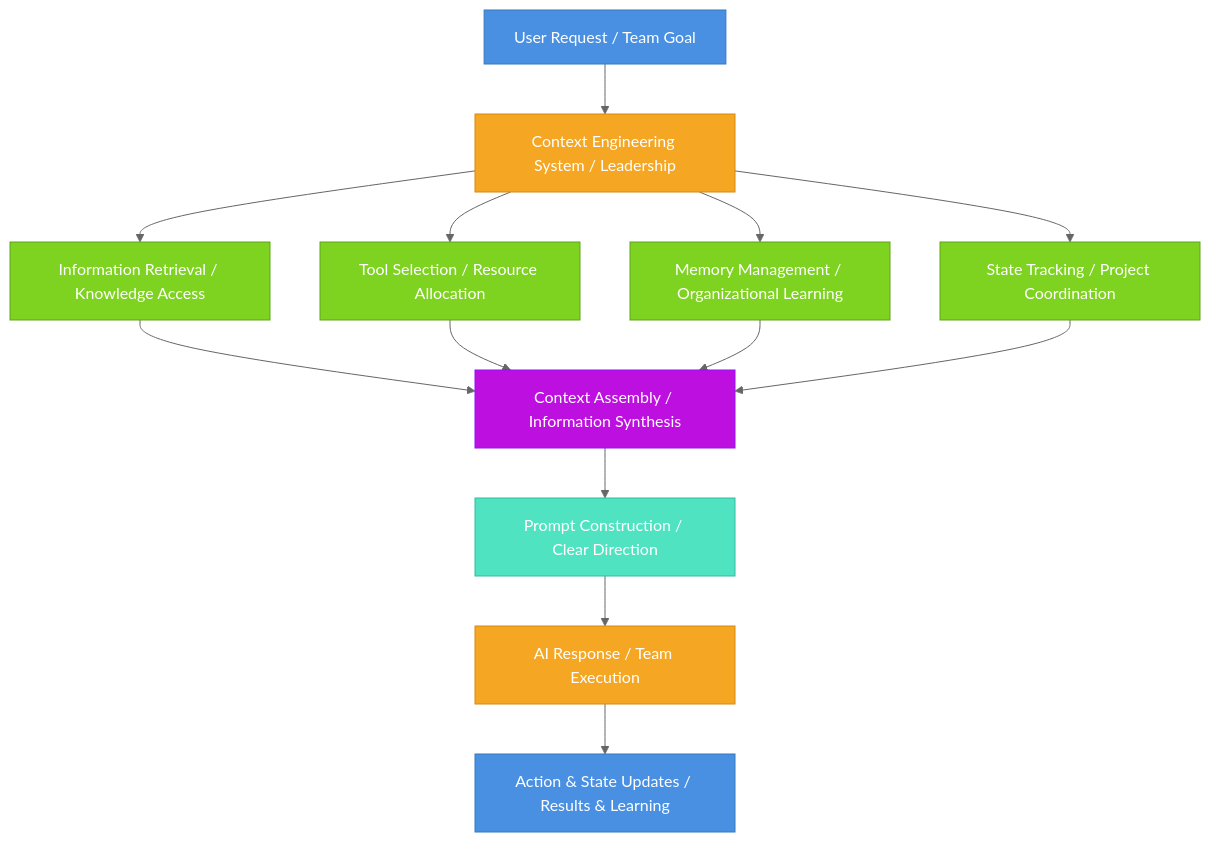
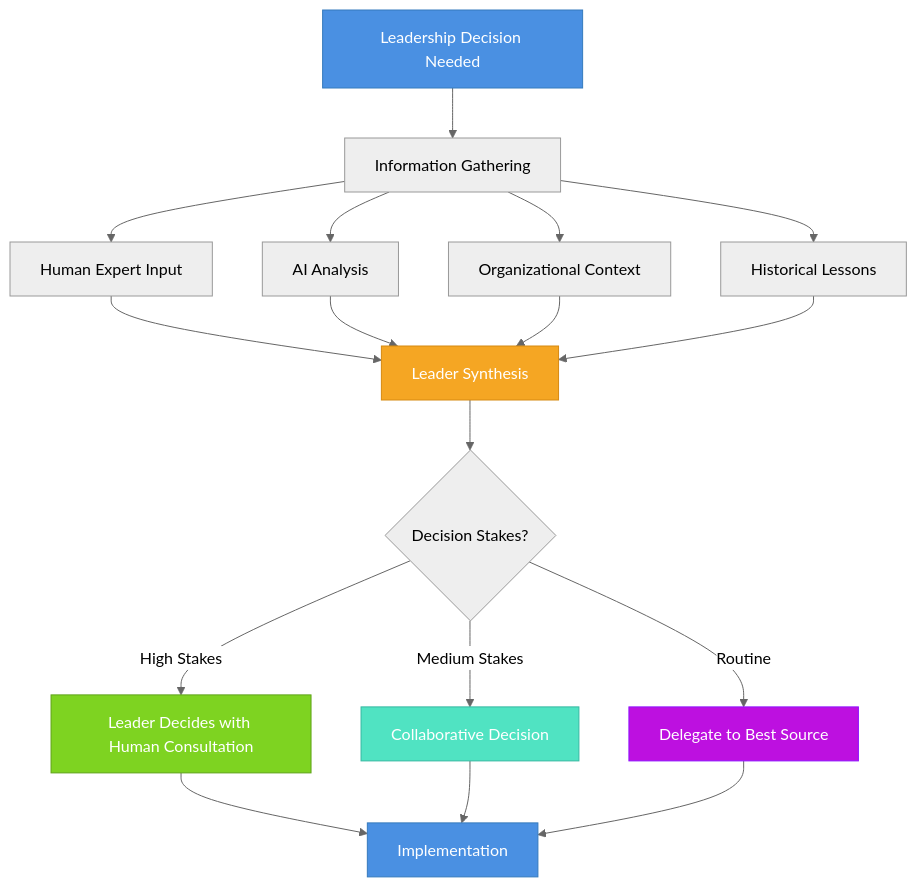
One commit to tikazyq/marvinzhang.dev changed the diagram in blog/2025-10-09-ai-leadership-from-tool-to-collaborative-partner.mdx. Above: the diagram before and after it, drawn with Mermaid (neutral theme). The commit also changed other lines of this file and 1 other file, not shown here.

Commit message:
refactor: shift article focus from technical AI to leadership skills evolution

````diff
--- a/blog/2025-10-09-ai-leadership-from-tool-to-collaborative-partner.mdx
+++ b/blog/2025-10-09-ai-leadership-from-tool-to-collaborative-partner.mdx
@@ -111,26 +83,29 @@
 ```mermaid
 graph TD
-    A[User Request / Team Goal] --> B[Context Engineering System / Leadership]
-    B --> C[Information Retrieval / Knowledge Access]
-    B --> D[Tool Selection / Resource Allocation]
-    B --> E[Memory Management / Organizational Learning]
-    B --> F[State Tracking / Project Coordination]
-    C --> G[Context Assembly / Information Synthesis]
+    A[Leadership Decision Needed] --> B[Information Gathering]
+    B --> C[Human Expert Input]
+    B --> D[AI Analysis]
+    B --> E[Organizational Context]
+    B --> F[Historical Lessons]
+    
+    C --> G[Leader Synthesis]
     D --> G
     E --> G
     F --> G
-    G --> H[Prompt Construction / Clear Direction]
-    H --> I[AI Response / Team Execution]
-    I --> J[Action & State Updates / Results & Learning]
+    
+    G --> H{Decision Stakes?}
+    H -->|High Stakes| I[Leader Decides with Human Consultation]
+    H -->|Medium Stakes| J[Collaborative Decision]
+    H -->|Routine| K[Delegate to Best Source]
+    
+    I --> L[Implementation]
+    J --> L
+    K --> L
     
     style A fill:#4A90E2,stroke:#357ABD,color:#fff
-    style B fill:#F5A623,stroke:#D68910,color:#fff
-    style C fill:#7ED321,stroke:#5FA319,color:#fff
-    style D fill:#7ED321,stroke:#5FA319,color:#fff
-    style E fill:#7ED321,stroke:#5FA319,color:#fff
-    style F fill:#7ED321,stroke:#5FA319,color:#fff
-    style G fill:#BD10E0,stroke:#9012FE,color:#fff
-    style H fill:#50E3C2,stroke:#35B9A2,color:#fff
-    style I fill:#F5A623,stroke:#D68910,color:#fff
-    style J fill:#4A90E2,stroke:#357ABD,color:#fff
+    style G fill:#F5A623,stroke:#D68910,color:#fff
+    style I fill:#7ED321,stroke:#5FA319,color:#fff
+    style J fill:#50E3C2,stroke:#35B9A2,color:#fff
+    style K fill:#BD10E0,stroke:#9012FE,color:#fff
+    style L fill:#4A90E2,stroke:#357ABD,color:#fff
 ```
````
